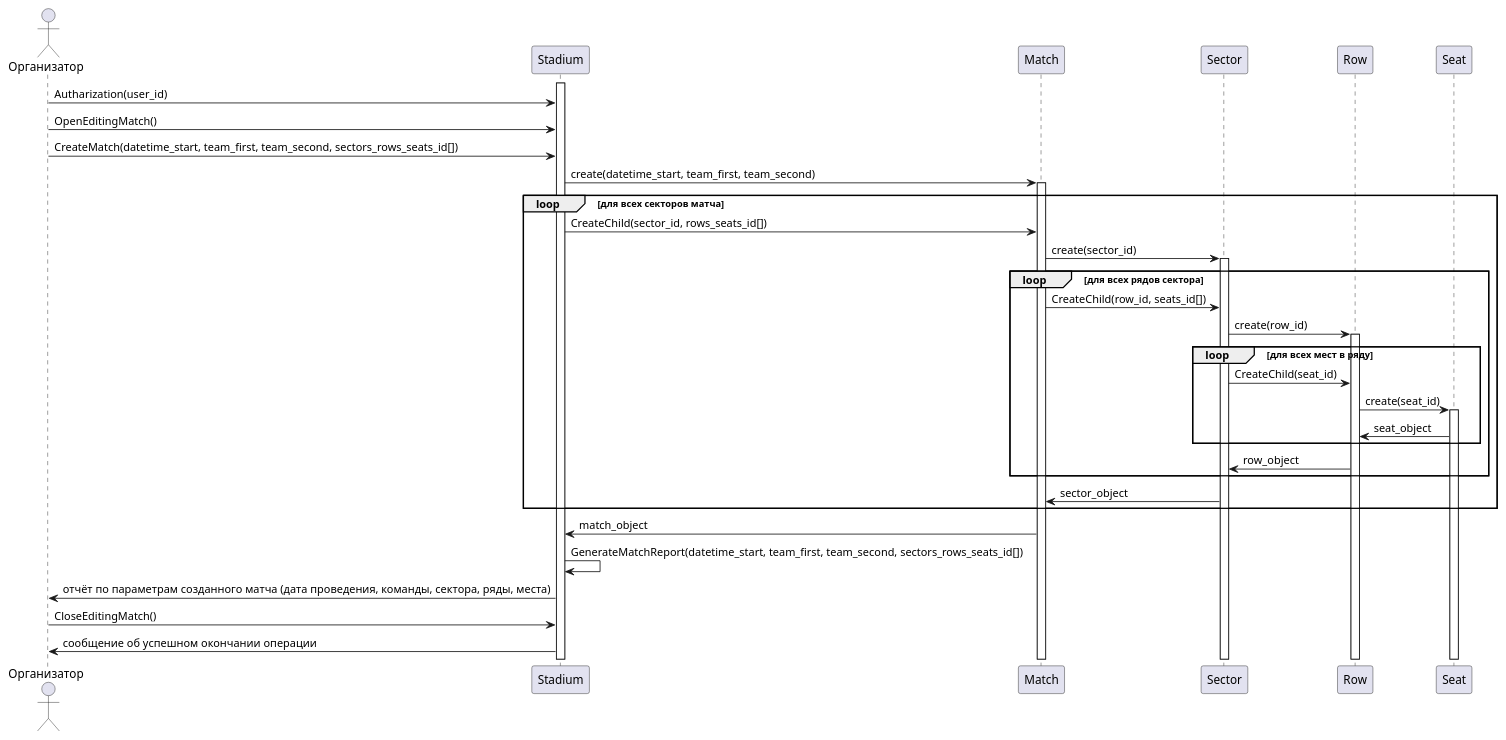
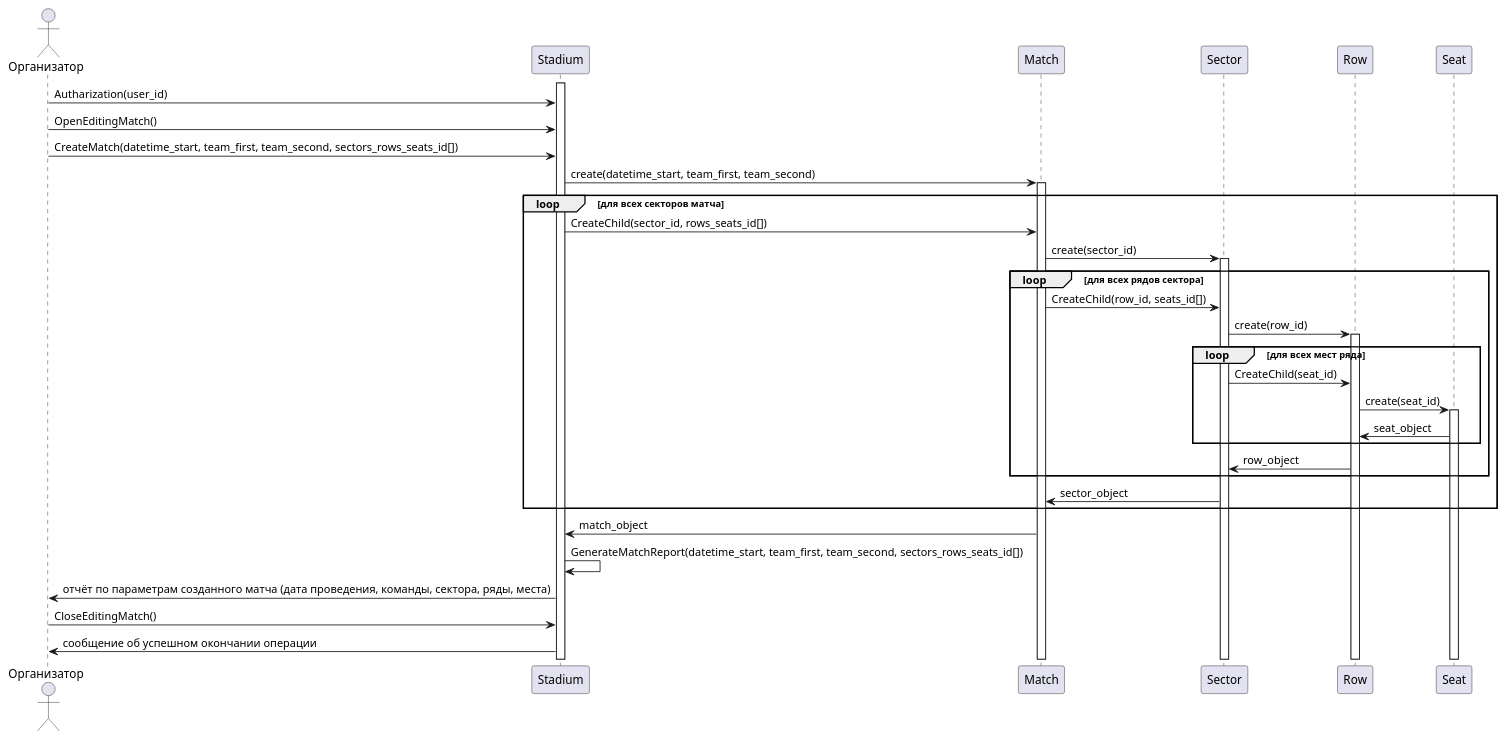
One commit to penamarth/bsbo-03-23_team4_var10_football changed the diagram in Прецеденты/Диаграмма создания матча.md. Above: the diagram before and after it, drawn with PlantUML. The commit also changed 4 other files, not shown here.

Commit message:
Мелкие правки всех диаграмм

````diff
--- a/Прецеденты/Диаграмма создания матча.md
+++ b/Прецеденты/Диаграмма создания матча.md
@@ -1,57 +1,57 @@
 ```plantuml
 @startuml
 
 actor Организатор
 
 activate Stadium
 
 Организатор -> Stadium : Autharization(user_id)
 Организатор -> Stadium : OpenEditingMatch()
 Организатор -> Stadium : CreateMatch(datetime_start, team_first, team_second, sectors_rows_seats_id[])
 
 Stadium -> Match : create(datetime_start, team_first, team_second)
 activate Match
 
 
 loop для всех секторов матча
 
 Stadium -> Match : CreateChild(sector_id, rows_seats_id[])
 Match -> Sector : create(sector_id)
 activate Sector
 
 
 loop для всех рядов сектора
 
 Match -> Sector : CreateChild(row_id, seats_id[])
 Sector -> Row : create(row_id)
 activate Row
 
 
-loop для всех мест в ряду
+loop для всех мест ряда
 
 Sector -> Row : CreateChild(seat_id)
 Row -> Seat : create(seat_id)
 activate Seat
 Row <- Seat : seat_object
 
 end
 
 Sector <- Row : row_object
 
 end
 
 Match <- Sector : sector_object
 
 end
 
 Stadium <- Match : match_object
 
 
 Stadium -> Stadium : GenerateMatchReport(datetime_start, team_first, team_second, sectors_rows_seats_id[])
 Организатор <- Stadium : отчёт по параметрам созданного матча (дата проведения, команды, сектора, ряды, места)
 
 Организатор -> Stadium : CloseEditingMatch()
 Организатор <- Stadium : сообщение об успешном окончании операции
 
 @enduml
 ```
````
